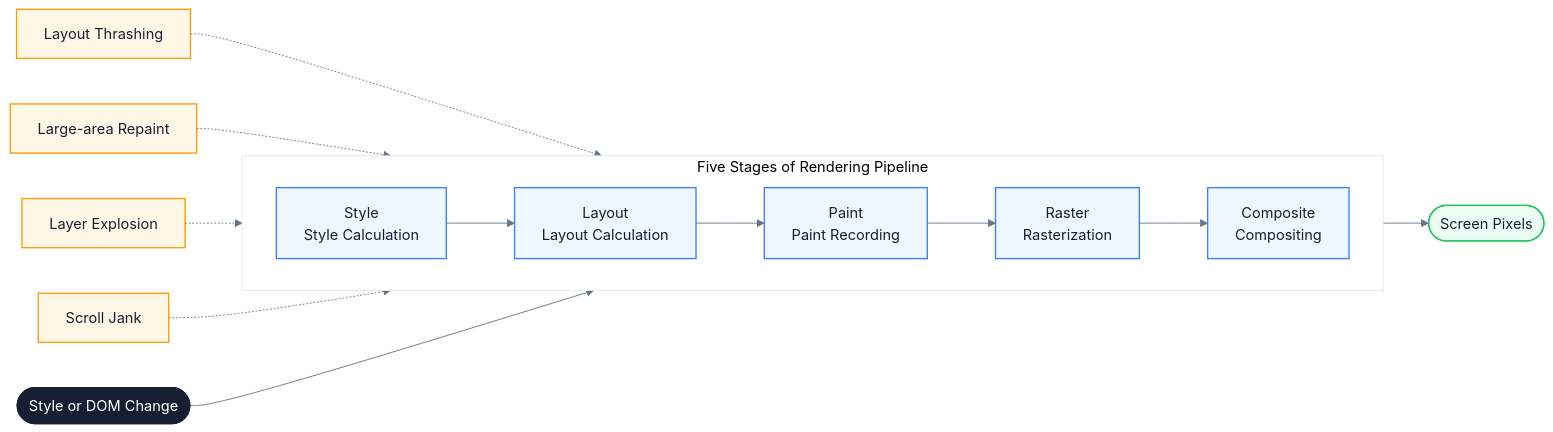
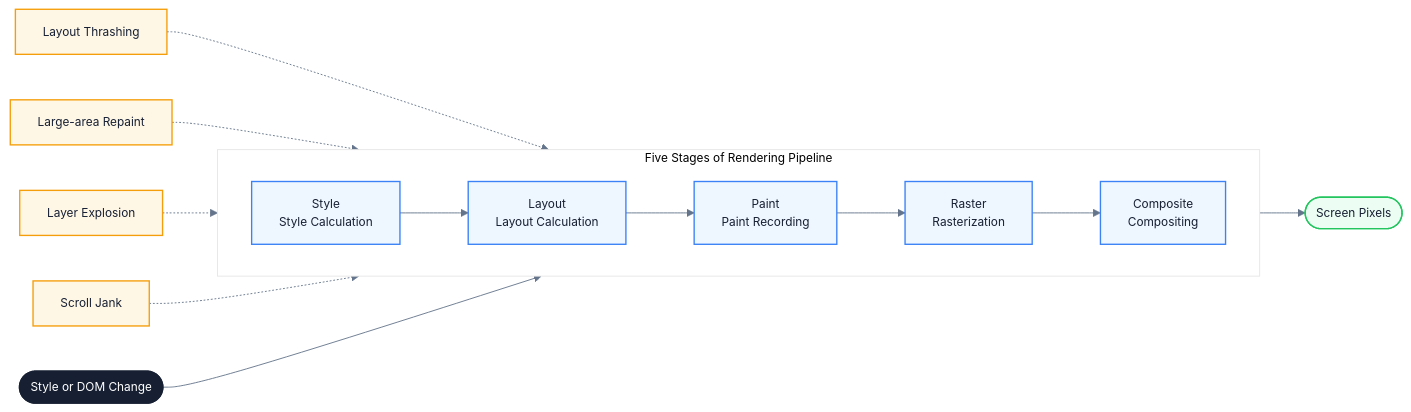
One commit to Fatejian/frontier-vault changed the first of 3 diagrams in docs/en/performance/rendering-pitfalls.md. Above: the diagram before and after it, drawn with Mermaid. The commit also changed other lines of this file and 37 other files, not shown here.

````diff
--- a/docs/en/performance/rendering-pitfalls.md
+++ b/docs/en/performance/rendering-pitfalls.md
@@ -70,34 +70,34 @@
 ```mermaid
-%%{init: {'theme': 'base', 'themeVariables': { 'fontFamily': 'Inter, PingFang SC, Microsoft YaHei, sans-serif', 'primaryColor': '#F8FAFC', 'primaryTextColor': '#172033', 'primaryBorderColor': '#CBD5E1', 'lineColor': '#64748B'}}}%%
+%%{init: {'theme': 'base', 'themeVariables': { 'fontFamily': 'Inter, PingFang SC, Microsoft YaHei, sans-serif', 'primaryColor': '#F8FAFC', 'fontSize': '13px', 'primaryTextColor': '#172033', 'primaryBorderColor': '#CBD5E1', 'lineColor': '#64748B'}}}%%
 flowchart LR
     Start(["Style or DOM Change"])
 
     subgraph Pipeline["Five Stages of Rendering Pipeline"]
         direction LR
         S1["Style<br/>Style Calculation"]
         S2["Layout<br/>Layout Calculation"]
         S3["Paint<br/>Paint Recording"]
         S4["Raster<br/>Rasterization"]
         S5["Composite<br/>Compositing"]
         S1 --> S2 --> S3 --> S4 --> S5
     end
 
     End(["Screen Pixels"])
 
     Start --> Pipeline --> End
 
     P1["Layout Thrashing"] -.-> S2
     P2["Large-area Repaint"] -.-> S3
     P3["Layer Explosion"] -.-> S4
     P4["Scroll Jank"] -.-> S5
 
     classDef start fill:#172033,color:#fff,stroke:#172033,stroke-width:2px;
     classDef stage fill:#EEF6FF,stroke:#3B82F6,color:#172033,stroke-width:1.5px;
     classDef pitfall fill:#FFF7E6,stroke:#F59E0B,color:#172033,stroke-width:1.5px;
     classDef ending fill:#ECFDF3,stroke:#22C55E,color:#172033,stroke-width:1.5px;
 
     class Start start;
     class S1,S2,S3,S4,S5 stage;
     class P1,P2,P3,P4 pitfall;
     class End ending;
 ```
````
